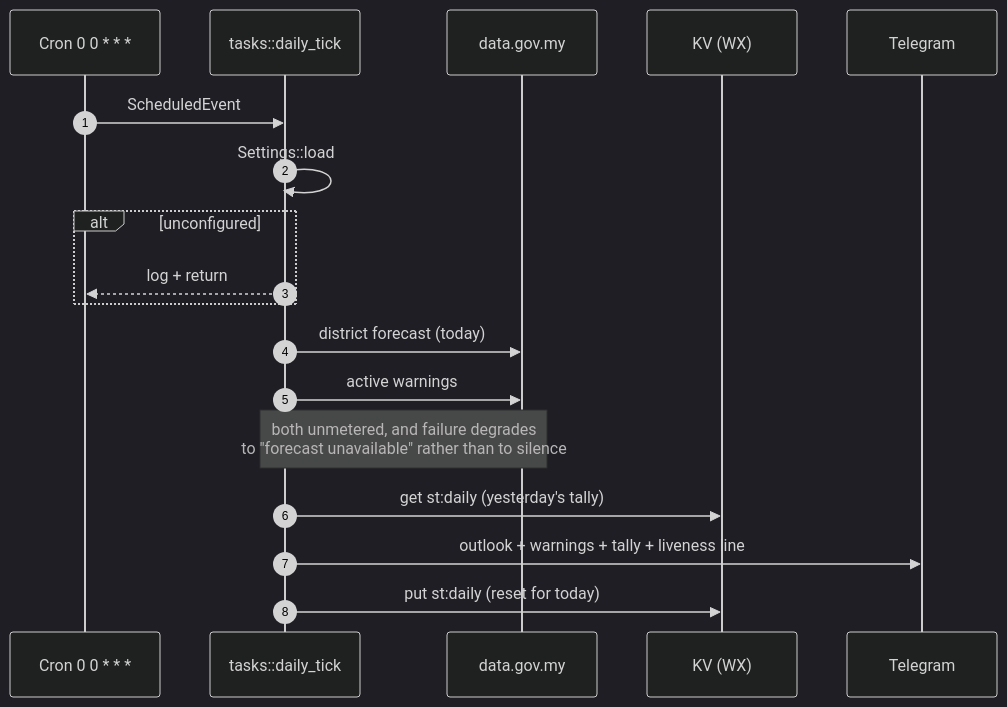
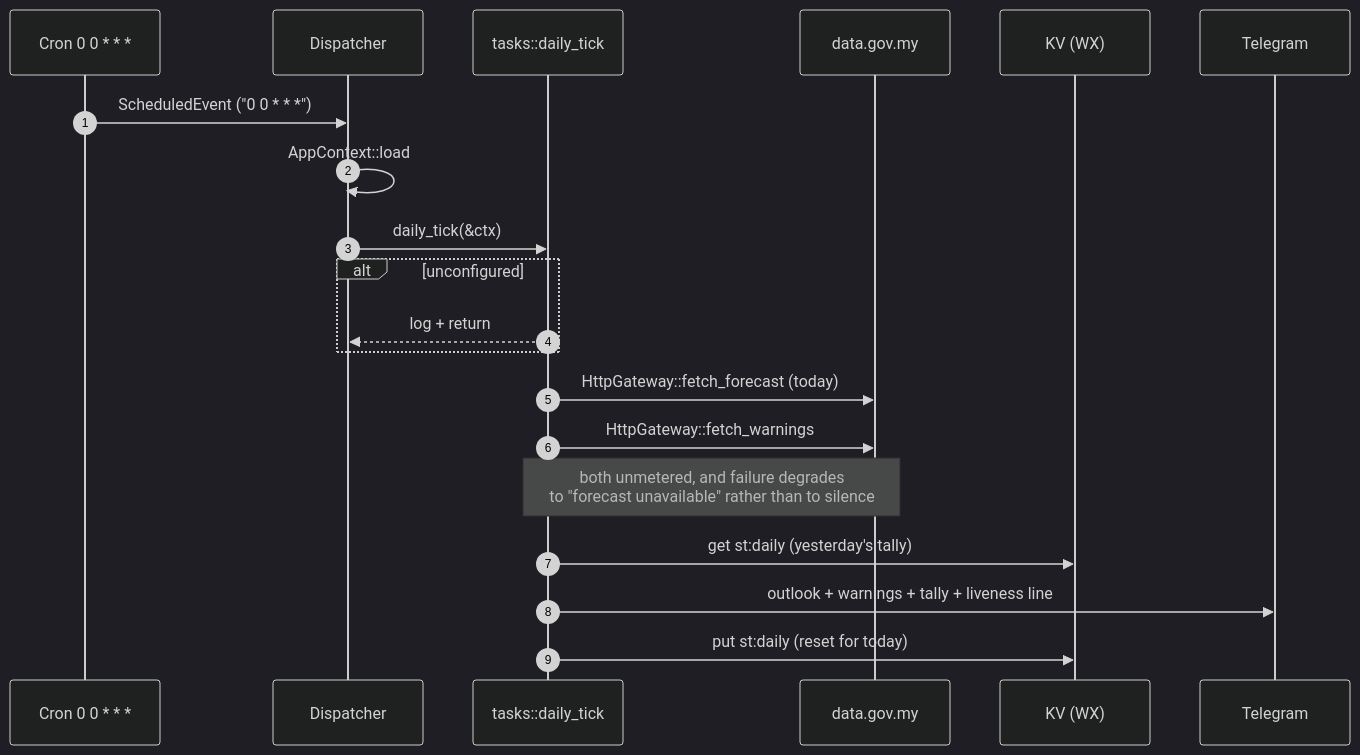
One commit to henius98/WeatherAlert changed the sixth of 6 diagrams in FLOW.md. Above: the diagram before and after it, drawn with Mermaid (dark theme). The commit also changed other lines of this file and 11 other files, not shown here.

````diff
--- a/FLOW.md
+++ b/FLOW.md
@@ -309,22 +313,24 @@
 ```mermaid
 sequenceDiagram
     autonumber
     participant C as Cron 0 0 * * *
+    participant W as Dispatcher
     participant T as tasks::daily_tick
     participant MET as data.gov.my
     participant KV as KV (WX)
     participant TG as Telegram
 
-    C->>T: ScheduledEvent
-    T->>T: Settings::load
+    C->>W: ScheduledEvent ("0 0 * * *")
+    W->>W: AppContext::load
+    W->>T: daily_tick(&ctx)
     alt unconfigured
-        T-->>C: log + return
+        T-->>W: log + return
     end
 
-    T->>MET: district forecast (today)
-    T->>MET: active warnings
+    T->>MET: HttpGateway::fetch_forecast (today)
+    T->>MET: HttpGateway::fetch_warnings
     Note over T,MET: both unmetered, and failure degrades<br/>to "forecast unavailable" rather than to silence
     T->>KV: get st:daily (yesterday's tally)
     T->>TG: outlook + warnings + tally + liveness line
     T->>KV: put st:daily (reset for today)
 ```
````
